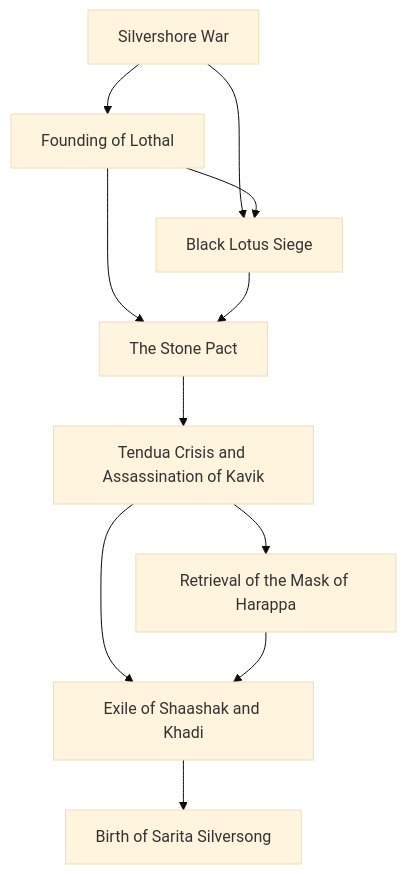
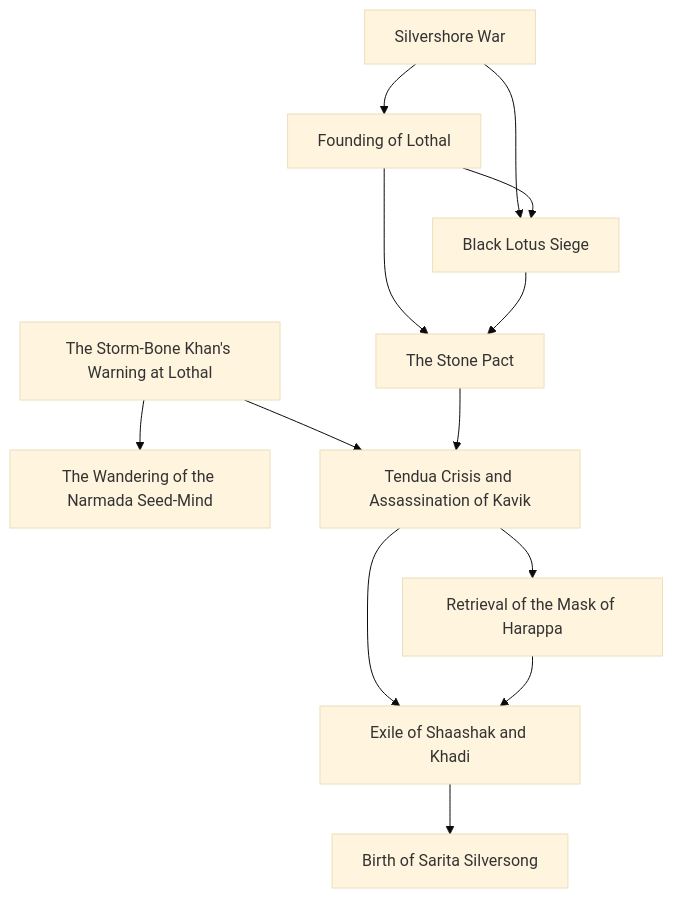
One commit to lordlebu/SouthOfTethys changed the fourth of 5 diagrams in docs/atlas.md. Above: the diagram before and after it, drawn with Mermaid (base theme). The commit also changed other lines of this file and 11 other files, not shown here.

````diff
--- a/docs/atlas.md
+++ b/docs/atlas.md
@@ -127,21 +129,25 @@
 ```mermaid
 graph TD
-    E0["Silvershore War"]
-    E1["Founding of Lothal"]
-    E2["Black Lotus Siege"]
-    E3["The Stone Pact"]
-    E4["Tendua Crisis and Assassination of Kavik"]
-    E5["Retrieval of the Mask of Harappa"]
-    E6["Exile of Shaashak and Khadi"]
-    E7["Birth of Sarita Silversong"]
-    E0 --> E2
+    E0["The Storm-Bone Khan's Warning at Lothal"]
+    E1["The Wandering of the Narmada Seed-Mind"]
+    E2["Silvershore War"]
+    E3["Founding of Lothal"]
+    E4["Black Lotus Siege"]
+    E5["The Stone Pact"]
+    E6["Tendua Crisis and Assassination of Kavik"]
+    E7["Retrieval of the Mask of Harappa"]
+    E8["Exile of Shaashak and Khadi"]
+    E9["Birth of Sarita Silversong"]
+    E0 --> E6
     E0 --> E1
-    E1 --> E3
-    E1 --> E2
+    E2 --> E4
     E2 --> E3
+    E3 --> E5
     E3 --> E4
     E4 --> E5
-    E4 --> E6
     E5 --> E6
     E6 --> E7
+    E6 --> E8
+    E7 --> E8
+    E8 --> E9
 ```
````
